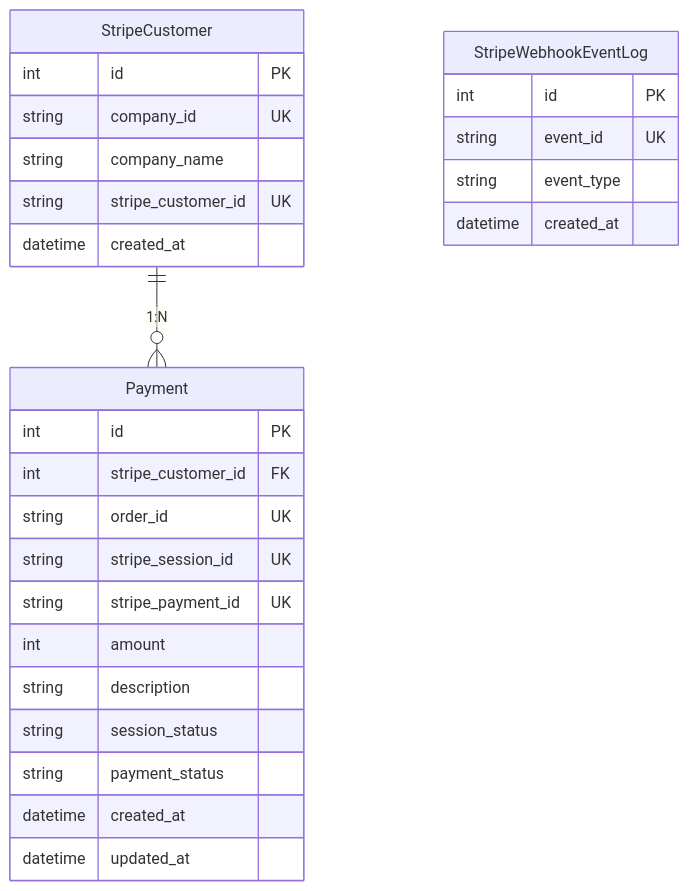
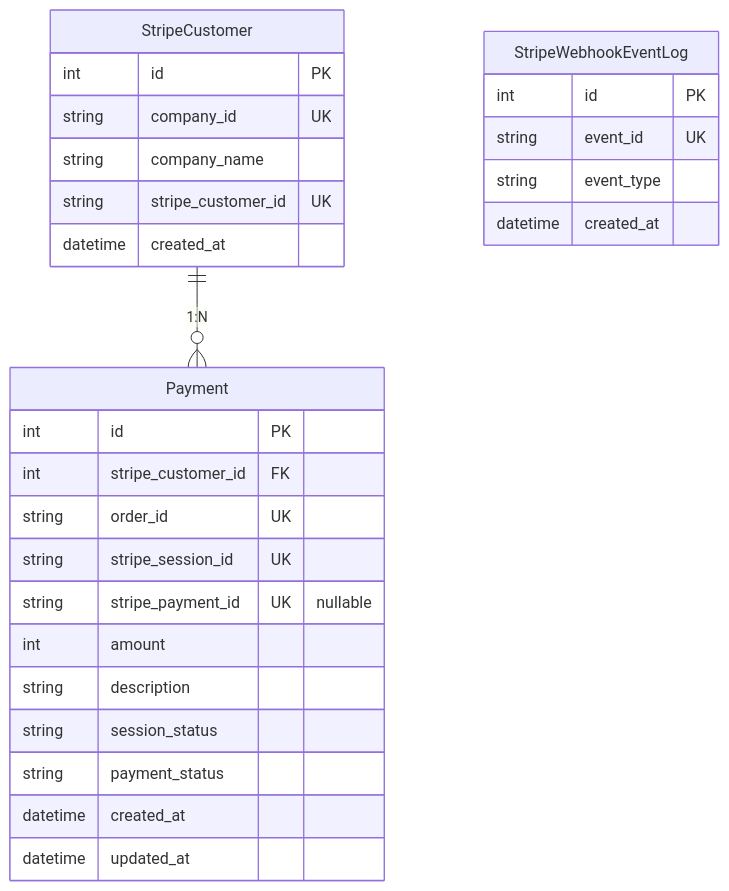
Before and after one commit to suzuki-tomok/payment-core: the diagram in v3/docs/er-diagram.md, drawn with Mermaid. The commit also changed 23 other files, not shown here.

````diff
--- a/v3/docs/er-diagram.md
+++ b/v3/docs/er-diagram.md
@@ -3,33 +3,33 @@
 ```mermaid
 erDiagram
     StripeCustomer ||--o{ Payment : "1:N"
 
     StripeCustomer {
         int id PK
         string company_id UK
         string company_name
         string stripe_customer_id UK
         datetime created_at
     }
 
     Payment {
         int id PK
         int stripe_customer_id FK
         string order_id UK
         string stripe_session_id UK
-        string stripe_payment_id UK
+        string stripe_payment_id UK "nullable"
         int amount
         string description
         string session_status
         string payment_status
         datetime created_at
         datetime updated_at
     }
 
     StripeWebhookEventLog {
         int id PK
         string event_id UK
         string event_type
         datetime created_at
     }
 ```
````
